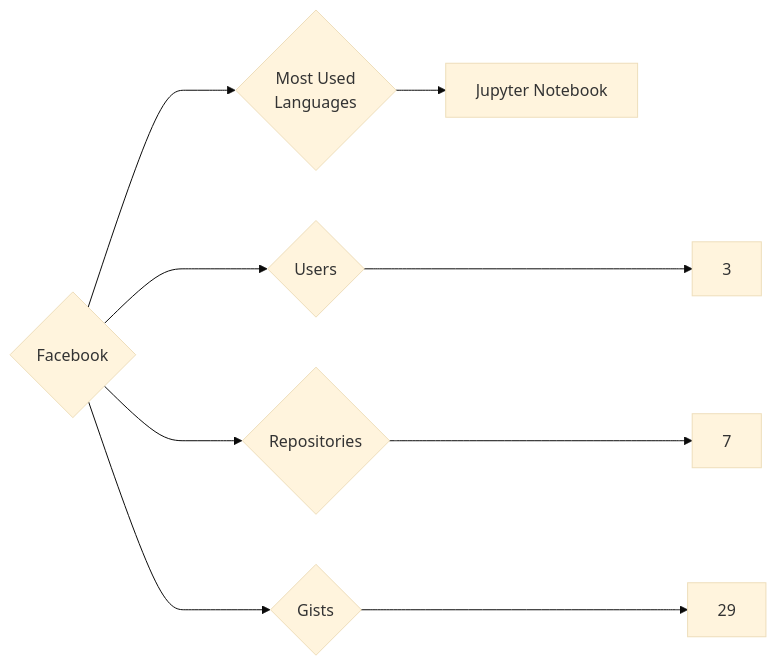
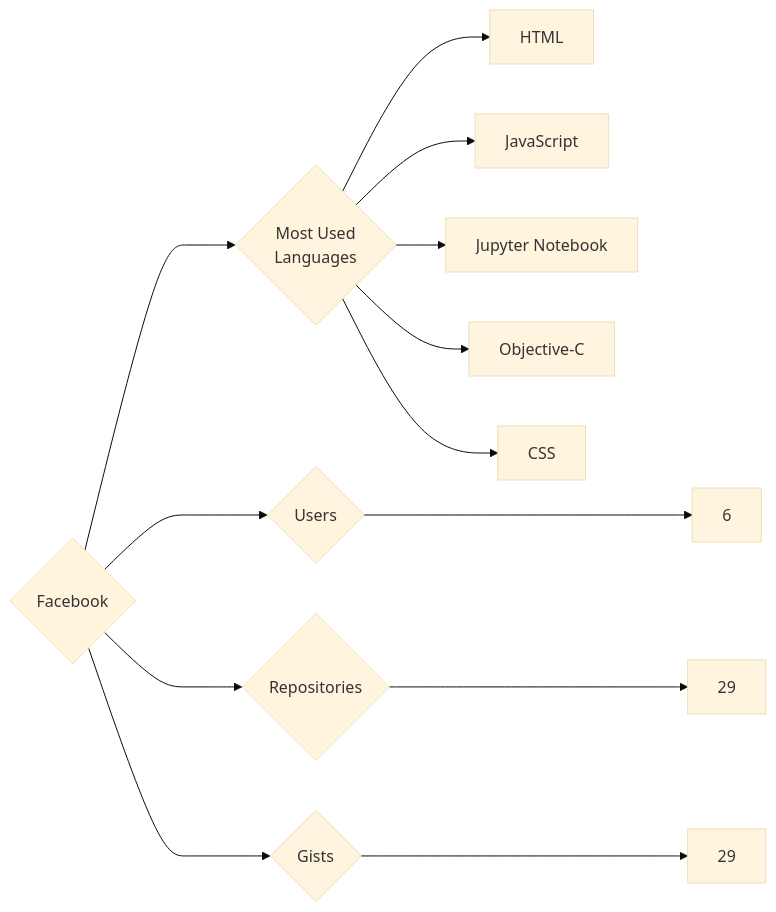
One commit to trickest/insiders changed the diagram in targets/Facebook/README.md. Above: the diagram before and after it, drawn with Mermaid (base theme). The commit also changed 942 other files, not shown here.

````diff
--- a/targets/Facebook/README.md
+++ b/targets/Facebook/README.md
@@ -3,9 +3,13 @@
 ```mermaid
 graph LR
 COMPANY_NAME{Facebook}
-COMPANY_NAME ---> U{Users} ---> UN[3]
-COMPANY_NAME ---> R{Repositories} ---> RN[7]
+COMPANY_NAME ---> U{Users} ---> UN[6]
+COMPANY_NAME ---> R{Repositories} ---> RN[29]
 COMPANY_NAME ---> G{Gists} ---> GN[29]
 COMPANY_NAME ---> ML{Most Used<br>Languages}
+ML --> HTML[HTML]
+ML --> JavaScript[JavaScript]
 ML --> Jupyter_Notebook[Jupyter Notebook]
+ML --> Objective-C[Objective-C]
+ML --> CSS[CSS]
 ```
````
